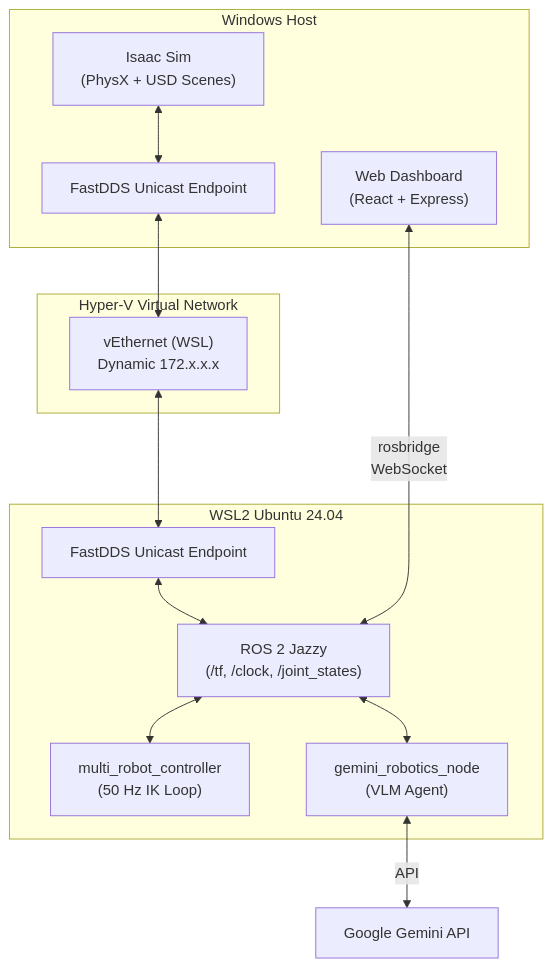
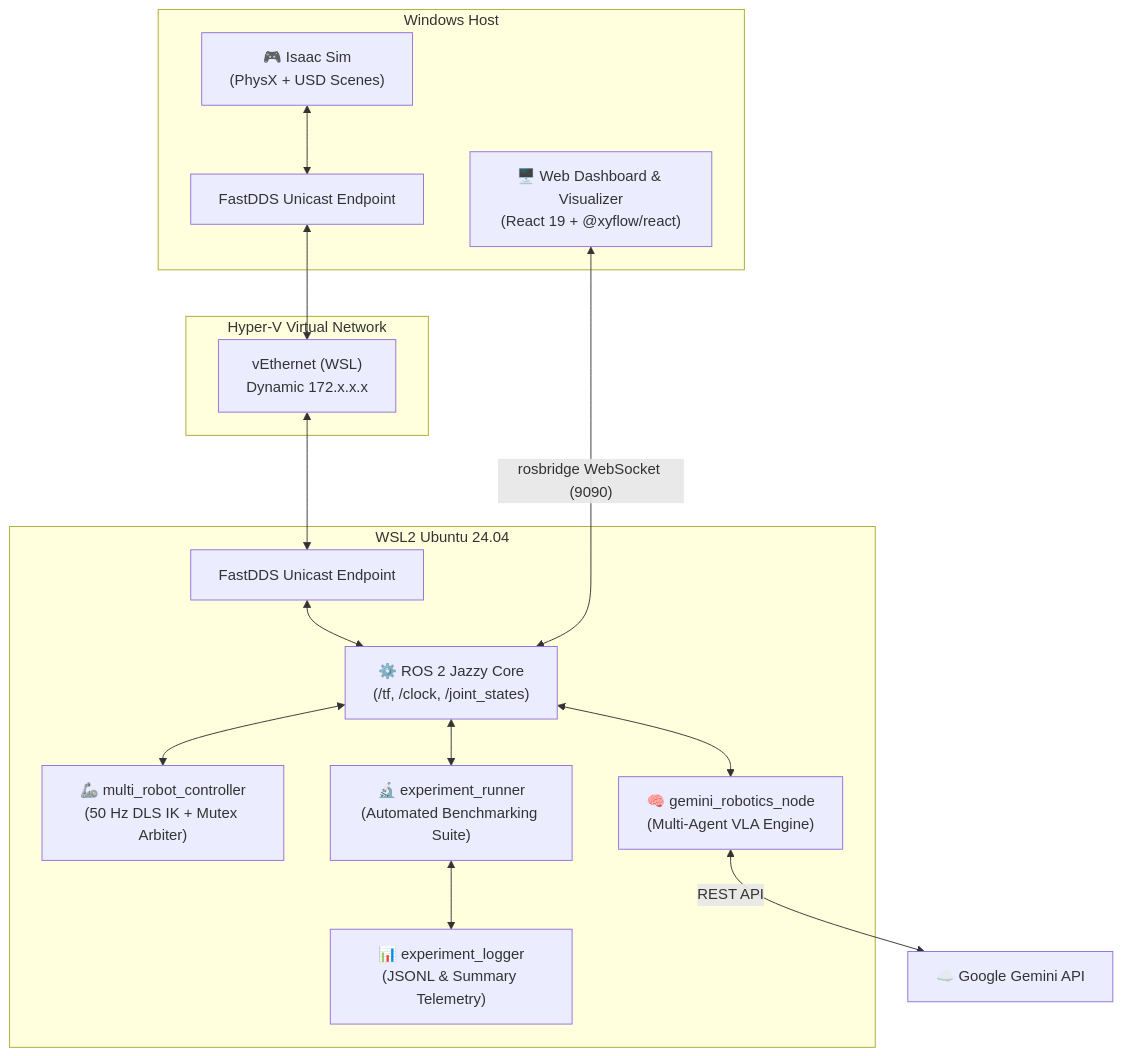
One commit to mincasurong/IsaacSim_GeminiRobotics changed the first of 3 diagrams in docs/DEVELOPMENT.md. Above: the diagram before and after it, drawn with Mermaid. The commit also changed other lines of this file and 4 other files, not shown here.

````diff
--- a/docs/DEVELOPMENT.md
+++ b/docs/DEVELOPMENT.md
@@ -11,28 +11,32 @@
 ```mermaid
 graph TD
     subgraph "Windows Host"
-        IS["Isaac Sim<br/>(PhysX + USD Scenes)"]
-        GUI["Web Dashboard<br/>(React + Express)"]
+        IS["🎮 Isaac Sim<br/>(PhysX + USD Scenes)"]
+        GUI["🖥️ Web Dashboard & Visualizer<br/>(React 19 + @xyflow/react)"]
         FW["FastDDS Unicast Endpoint"]
     end
 
     subgraph "Hyper-V Virtual Network"
         VNet["vEthernet (WSL)<br/>Dynamic 172.x.x.x"]
     end
 
     subgraph "WSL2 Ubuntu 24.04"
-        ROS["ROS 2 Jazzy<br/>(/tf, /clock, /joint_states)"]
-        MRC["multi_robot_controller<br/>(50 Hz IK Loop)"]
-        GEM["gemini_robotics_node<br/>(VLM Agent)"]
+        ROS["⚙️ ROS 2 Jazzy Core<br/>(/tf, /clock, /joint_states)"]
+        MRC["🦾 multi_robot_controller<br/>(50 Hz DLS IK + Mutex Arbiter)"]
+        VLM["🧠 gemini_robotics_node<br/>(Multi-Agent VLA Engine)"]
+        EXP["🔬 experiment_runner<br/>(Automated Benchmarking Suite)"]
+        LOG["📊 experiment_logger<br/>(JSONL & Summary Telemetry)"]
         DDS["FastDDS Unicast Endpoint"]
     end
 
     IS <--> FW
     FW <--> VNet
     VNet <--> DDS
     DDS <--> ROS
     ROS <--> MRC
-    ROS <--> GEM
-    GUI <-->|"rosbridge<br/>WebSocket"| ROS
-    GEM <-->|"API"| GAPI["Google Gemini API"]
+    ROS <--> VLM
+    ROS <--> EXP
+    EXP <--> LOG
+    GUI <-->|"rosbridge WebSocket (9090)"| ROS
+    VLM <-->|"REST API"| GAPI["☁️ Google Gemini API"]
 ```
````
